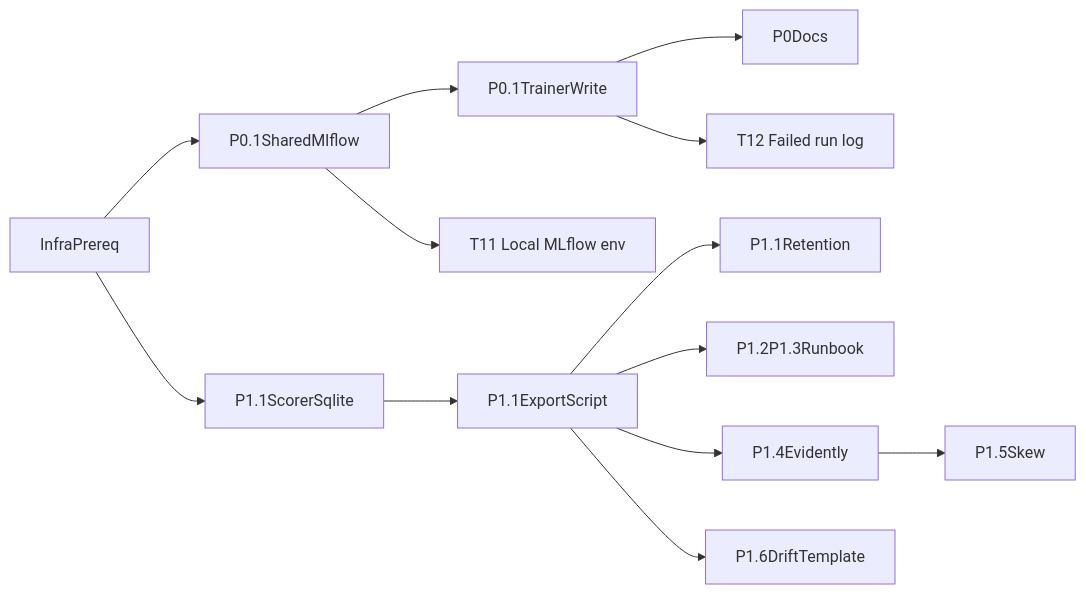
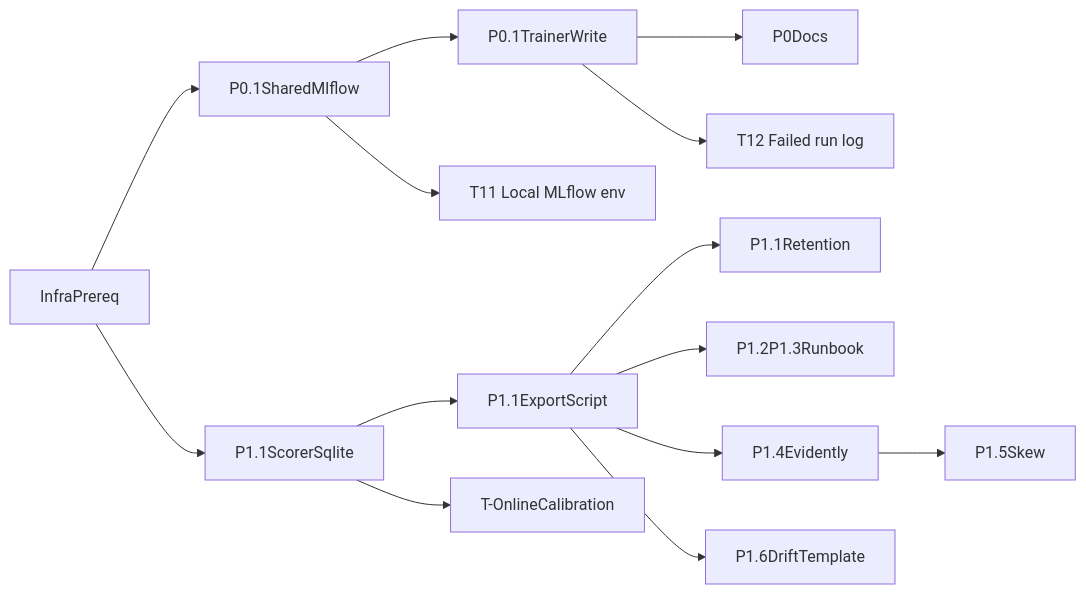
One commit to comsaint/Patron_Walkaway changed the diagram in .cursor/plans/PLAN_phase2_p0_p1.md. Above: the diagram before and after it, drawn with Mermaid. The commit also changed other lines of this file and 32 other files, not shown here.

````diff
--- a/.cursor/plans/PLAN_phase2_p0_p1.md
+++ b/.cursor/plans/PLAN_phase2_p0_p1.md
@@ -43,15 +43,16 @@
 ```mermaid
 flowchart LR
   prereq[InfraPrereq] --> p01[P0.1SharedMlflow]
   prereq --> p11[P1.1ScorerSqlite]
   p01 --> p02[P0.1TrainerWrite]
   p02 --> p03[P0Docs]
   p02 --> t12[T12 Failed run log]
   p01 --> t11[T11 Local MLflow env]
   p11 --> p12[P1.1ExportScript]
   p12 --> p13[P1.1Retention]
   p12 --> p14[P1.2P1.3Runbook]
   p12 --> p15[P1.4Evidently]
   p15 --> p16[P1.5Skew]
   p12 --> p17[P1.6DriftTemplate]
+  p11 --> p18[T-OnlineCalibration]
 ```
````
